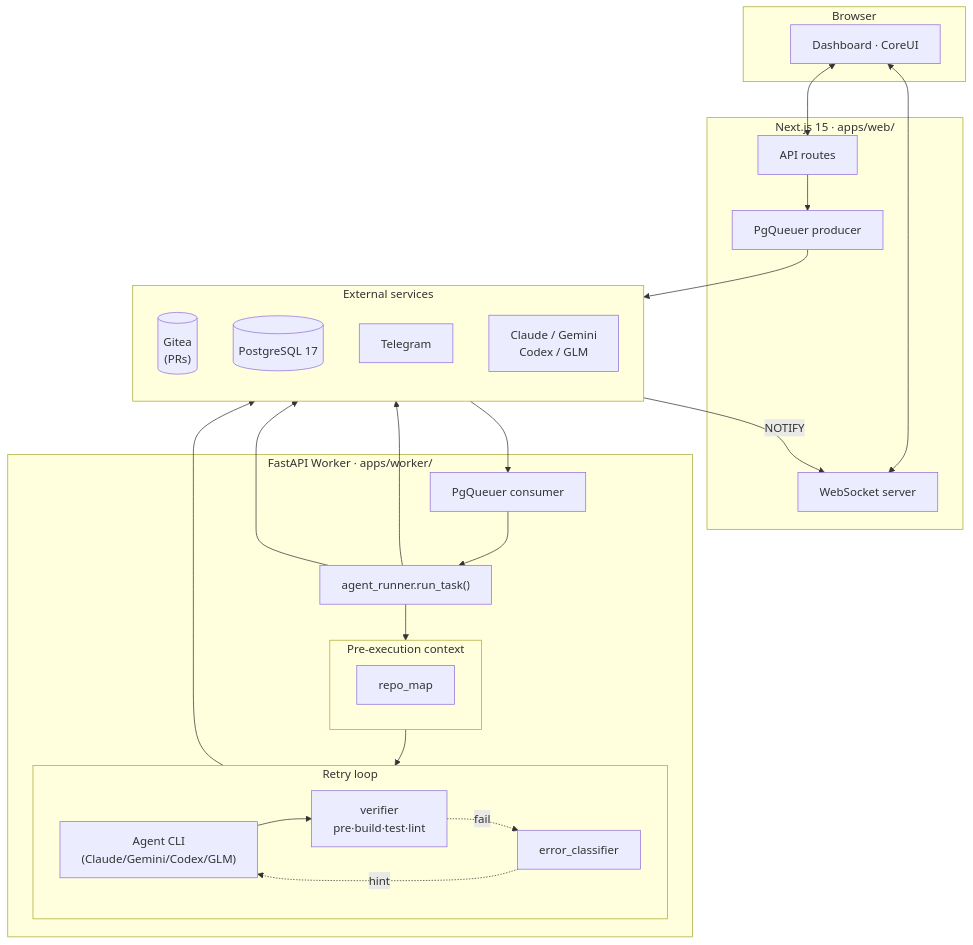
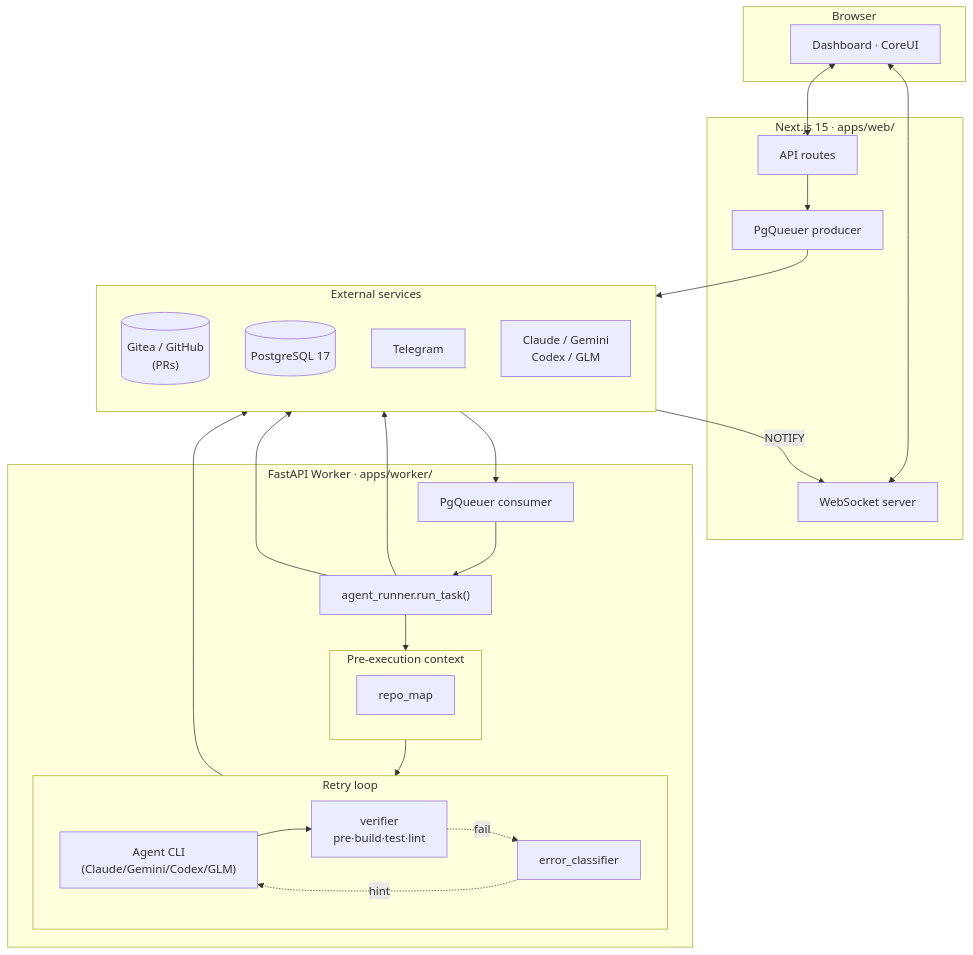
Before and after one commit to sergiovision/DevServer: the diagram in README.md, drawn with Mermaid. The commit also changed other lines of this file and 59 other files, not shown here.

Commit message:
Releaase 1.0.6. Add GitHub repositories support. Improved error handling.

````diff
--- a/README.md
+++ b/README.md
@@ -119,47 +120,47 @@
 ```mermaid
 flowchart TB
   subgraph browser["Browser"]
     Dash["Dashboard · CoreUI"]
   end
 
   subgraph web["Next.js 15 · apps/web/"]
     API["API routes"]
     WS["WebSocket server"]
     Prod["PgQueuer producer"]
   end
 
   subgraph worker["FastAPI Worker · apps/worker/"]
     Cons["PgQueuer consumer"]
     Runner["agent_runner.run_task()"]
     subgraph ctx["Pre-execution context"]
       direction LR
       RM["repo_map"]
     end
     subgraph loop["Retry loop"]
       direction LR
       CLI["Agent CLI<br/>(Claude/Gemini/Codex/GLM)"]
       VER["verifier<br/>pre·build·test·lint"]
       EC["error_classifier"]
       CLI --> VER
       VER -.fail.-> EC -.hint.-> CLI
     end
     Runner --> ctx --> loop
   end
 
   subgraph ext["External services"]
     direction TB
-    Gitea[("Gitea<br/>(PRs)")]
+    Gitea[("Gitea / GitHub<br/>(PRs)")]
     PG2[("PostgreSQL 17")]
     TG["Telegram"]
     Agents["Claude / Gemini<br/>Codex / GLM"]
   end
 
   Dash <--> API
   Dash <--> WS
   API --> Prod --> PG2
   PG2 --> Cons --> Runner
   PG2 -- NOTIFY --> WS
   Runner --> Gitea
   Runner --> TG
   CLI --> Agents
 ```
````
